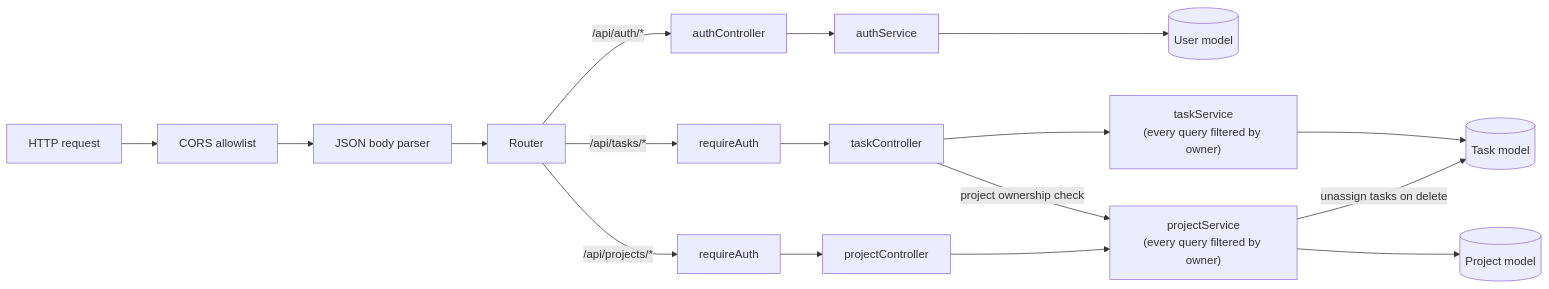
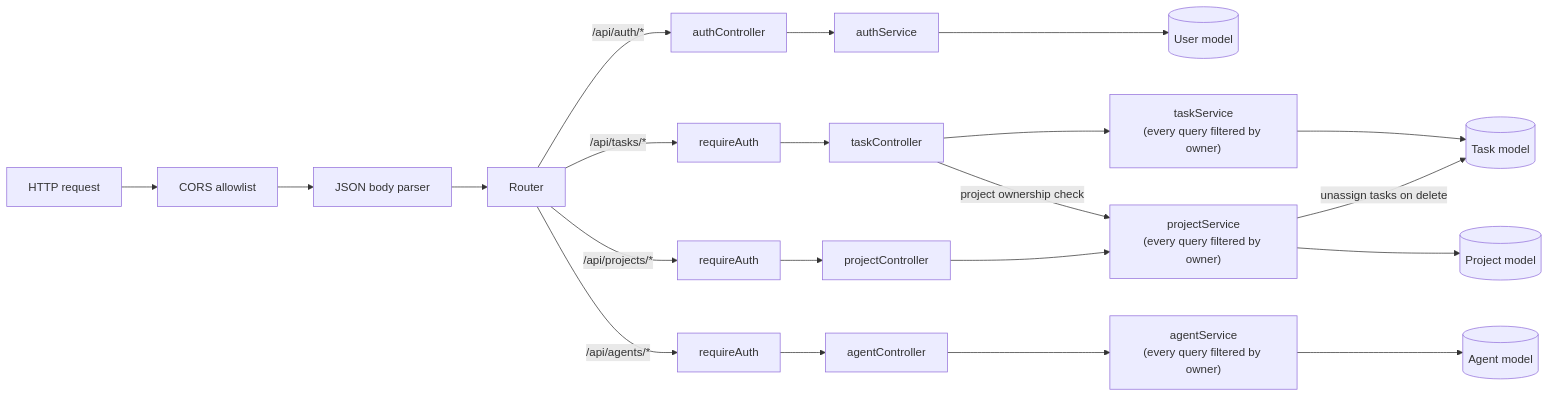
The second of 5 diagrams in docs/architecture.md (WasteOfADrumBum/TaskForge), drawn with Mermaid before and after one commit. The commit also changed other lines of this file and 44 other files, not shown here.

````diff
--- a/docs/architecture.md
+++ b/docs/architecture.md
@@ -49,12 +49,14 @@
 ```mermaid
 flowchart LR
     Req[HTTP request] --> CORS[CORS allowlist] --> JSON[JSON body parser] --> Router
     Router -- "/api/auth/*" --> AuthC[authController]
     Router -- "/api/tasks/*" --> RA[requireAuth] --> TaskC[taskController]
     Router -- "/api/projects/*" --> RP[requireAuth] --> ProjC[projectController]
     AuthC --> AuthS[authService] --> UserM[(User model)]
     TaskC --> TaskS["taskService<br/>(every query filtered by owner)"] --> TaskM[(Task model)]
     TaskC -- "project ownership check" --> ProjS
     ProjC --> ProjS["projectService<br/>(every query filtered by owner)"] --> ProjM[(Project model)]
     ProjS -- "unassign tasks on delete" --> TaskM
+    Router -- "/api/agents/*" --> RG[requireAuth] --> AgentC[agentController]
+    AgentC --> AgentS["agentService<br/>(every query filtered by owner)"] --> AgentM[(Agent model)]
 ```
````
